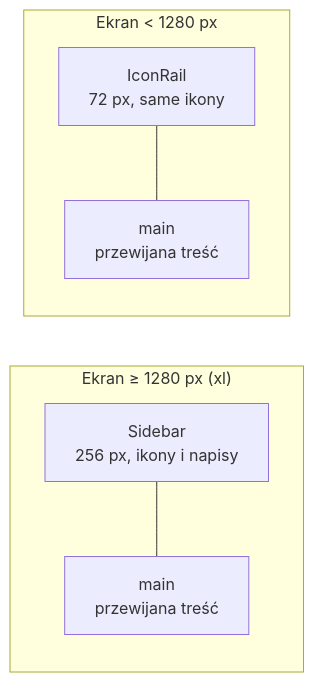
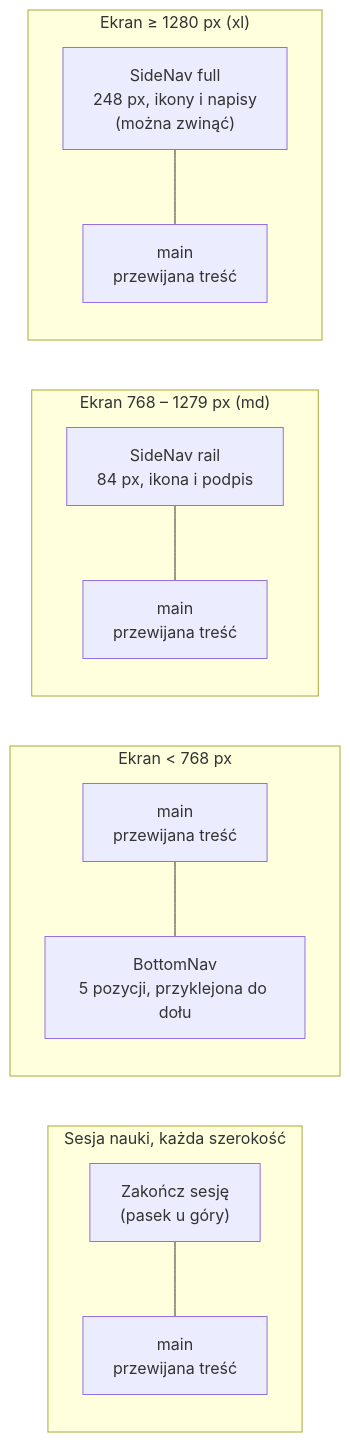
One commit to YellowHand/tutlaw-frontend changed the diagram in docs/06-wyglad-i-komponenty.md. Above: the diagram before and after it, drawn with Mermaid. The commit also changed other lines of this file and 20 other files, not shown here.

````diff
--- a/docs/06-wyglad-i-komponenty.md
+++ b/docs/06-wyglad-i-komponenty.md
@@ -74,9 +74,15 @@
 ```mermaid
 flowchart LR
+    subgraph "Sesja nauki, każda szerokość"
+        G["Zakończ sesję<br/>(pasek u góry)"] --- H["main<br/>przewijana treść"]
+    end
+    subgraph "Ekran < 768 px"
+        E["main<br/>przewijana treść"] --- F["BottomNav<br/>5 pozycji, przyklejona do dołu"]
+    end
+    subgraph "Ekran 768 – 1279 px (md)"
+        C["SideNav rail<br/>84 px, ikona i podpis"] --- D["main<br/>przewijana treść"]
+    end
     subgraph "Ekran ≥ 1280 px (xl)"
-        A["Sidebar<br/>256 px, ikony i napisy"] --- B["main<br/>przewijana treść"]
-    end
-    subgraph "Ekran < 1280 px"
-        C["IconRail<br/>72 px, same ikony"] --- D["main<br/>przewijana treść"]
+        A["SideNav full<br/>248 px, ikony i napisy<br/>(można zwinąć)"] --- B["main<br/>przewijana treść"]
     end
 ```
````
